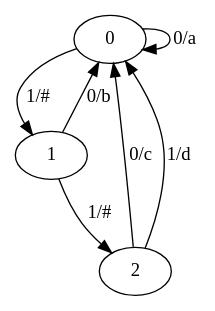
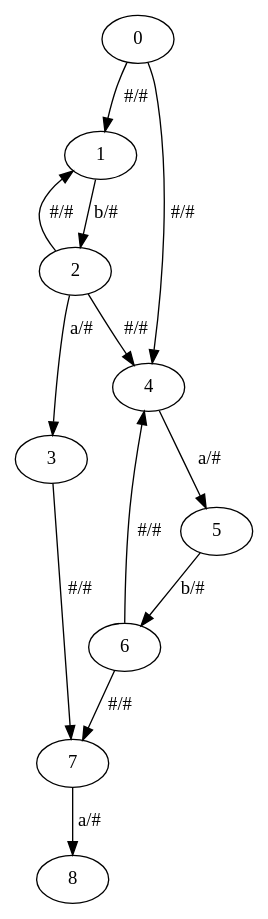
The diagram in src/dotImage/graph.dot (Eterniitys/prjt_compilation), drawn with Graphviz before and after one commit. The commit also changed 3 other files, not shown here.

```diff
--- a/src/dotImage/graph.dot
+++ b/src/dotImage/graph.dot
@@ -1,8 +1,14 @@
 digraph automate {
-	0 -> 0 [label="0/a"];
-	0 -> 1 [label="1/#"];
-	1 -> 0 [label="0/b"];
-	1 -> 2 [label="1/#"];
-	2 -> 0 [label="0/c"];
-	2 -> 0 [label="1/d"];
+	0 -> 1 [label="#/#"];
+	0 -> 4 [label="#/#"];
+	1 -> 2 [label="b/#"];
+	2 -> 1 [label="#/#"];
+	2 -> 3 [label="a/#"];
+	2 -> 4 [label="#/#"];
+	3 -> 7 [label="#/#"];
+	4 -> 5 [label="a/#"];
+	5 -> 6 [label="b/#"];
+	6 -> 4 [label="#/#"];
+	6 -> 7 [label="#/#"];
+	7 -> 8 [label="a/#"];
 }
```
